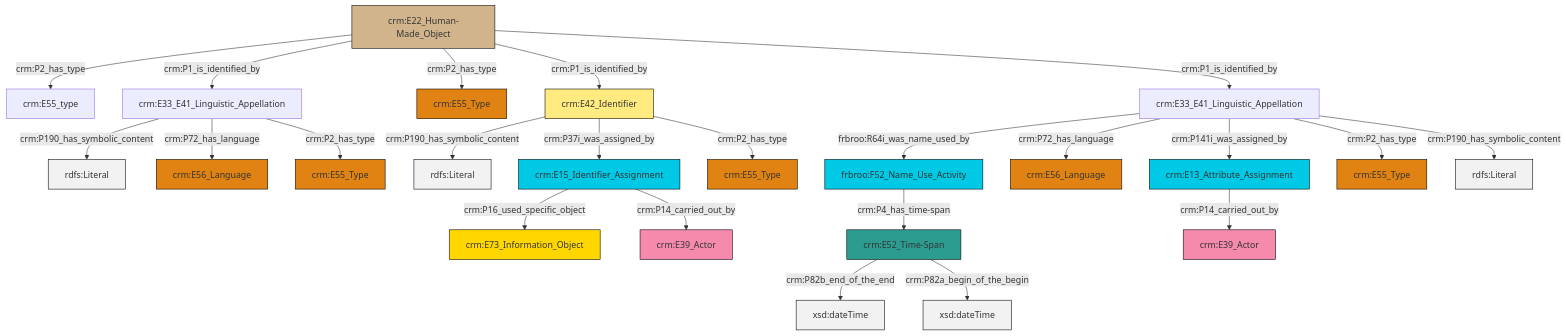
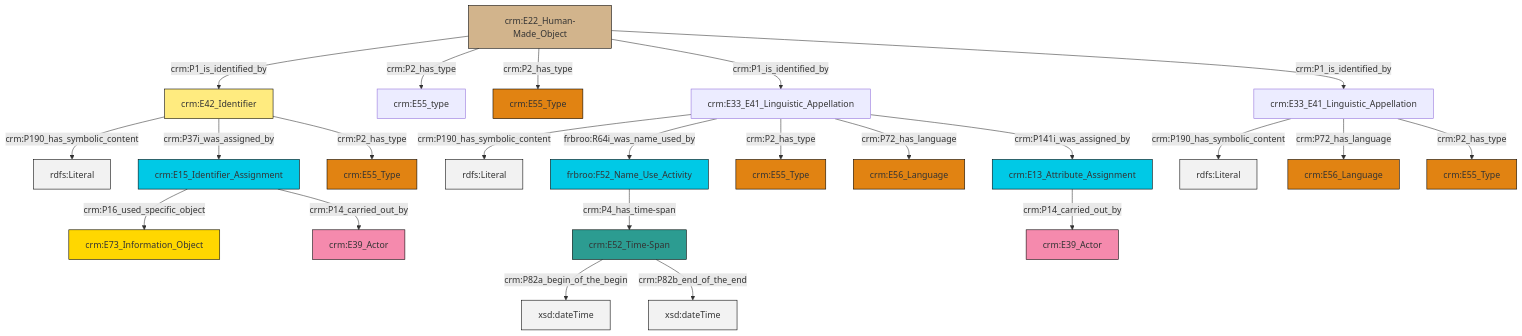
One commit to swiss-art-research-net/reference-data-models changed the diagram in et/artworkCSV/ttl/mmd/Artwork_Name.ttl.mmd. Above: the diagram before and after it, drawn with Mermaid. The commit also changed 125 other files, not shown here.

```diff
--- a/et/artworkCSV/ttl/mmd/Artwork_Name.ttl.mmd
+++ b/et/artworkCSV/ttl/mmd/Artwork_Name.ttl.mmd
@@ -1,37 +1,37 @@
 graph TD
 classDef Literal fill:#f2f2f2,stroke:#000000;
 classDef CRM_Entity fill:#FFFFFF,stroke:#000000;
 classDef Temporal_Entity fill:#00C9E6, stroke:#000000;
 classDef Type fill:#E18312, stroke:#000000;
 classDef Time-Span fill:#2C9C91, stroke:#000000;
 classDef Appellation fill:#FFEB7F, stroke:#000000;
 classDef Place fill:#008836, stroke:#000000;
 classDef Persistent_Item fill:#B266B2, stroke:#000000;
 classDef Conceptual_Object fill:#FFD700, stroke:#000000;
 classDef Physical_Thing fill:#D2B48C, stroke:#000000;
 classDef Actor fill:#f58aad, stroke:#000000;
 classDef PC_Classes fill:#4ce600, stroke:#000000;
 classDef Multi fill:#cccccc,stroke:#000000;
 
-0["crm:E33_E41_Linguistic_Appellation"]:::Default -->|crm:P190_has_symbolic_content| 1[rdfs:Literal]:::Literal
-2["crm:E22_Human-Made_Object"]:::Physical_Thing -->|crm:P2_has_type| 3["crm:E55_type"]:::Default
-4["crm:E52_Time-Span"]:::Time-Span -->|crm:P82b_end_of_the_end| 5[xsd:dateTime]:::Literal
-8["frbroo:F52_Name_Use_Activity"]:::Temporal_Entity -->|crm:P4_has_time-span| 4["crm:E52_Time-Span"]:::Time-Span
-6["crm:E33_E41_Linguistic_Appellation"]:::Default -->|frbroo:R64i_was_name_used_by| 8["frbroo:F52_Name_Use_Activity"]:::Temporal_Entity
-15["crm:E13_Attribute_Assignment"]:::Temporal_Entity -->|crm:P14_carried_out_by| 16["crm:E39_Actor"]:::Actor
-2["crm:E22_Human-Made_Object"]:::Physical_Thing -->|crm:P1_is_identified_by| 0["crm:E33_E41_Linguistic_Appellation"]:::Default
-18["crm:E15_Identifier_Assignment"]:::Temporal_Entity -->|crm:P16_used_specific_object| 19["crm:E73_Information_Object"]:::Conceptual_Object
-6["crm:E33_E41_Linguistic_Appellation"]:::Default -->|crm:P72_has_language| 20["crm:E56_Language"]:::Type
-0["crm:E33_E41_Linguistic_Appellation"]:::Default -->|crm:P72_has_language| 21["crm:E56_Language"]:::Type
-6["crm:E33_E41_Linguistic_Appellation"]:::Default -->|crm:P141i_was_assigned_by| 15["crm:E13_Attribute_Assignment"]:::Temporal_Entity
-18["crm:E15_Identifier_Assignment"]:::Temporal_Entity -->|crm:P14_carried_out_by| 28["crm:E39_Actor"]:::Actor
-4["crm:E52_Time-Span"]:::Time-Span -->|crm:P82a_begin_of_the_begin| 29[xsd:dateTime]:::Literal
-2["crm:E22_Human-Made_Object"]:::Physical_Thing -->|crm:P2_has_type| 13["crm:E55_Type"]:::Type
-11["crm:E42_Identifier"]:::Appellation -->|crm:P190_has_symbolic_content| 37[rdfs:Literal]:::Literal
-2["crm:E22_Human-Made_Object"]:::Physical_Thing -->|crm:P1_is_identified_by| 11["crm:E42_Identifier"]:::Appellation
-0["crm:E33_E41_Linguistic_Appellation"]:::Default -->|crm:P2_has_type| 9["crm:E55_Type"]:::Type
-6["crm:E33_E41_Linguistic_Appellation"]:::Default -->|crm:P2_has_type| 35["crm:E55_Type"]:::Type
-6["crm:E33_E41_Linguistic_Appellation"]:::Default -->|crm:P190_has_symbolic_content| 40[rdfs:Literal]:::Literal
-2["crm:E22_Human-Made_Object"]:::Physical_Thing -->|crm:P1_is_identified_by| 6["crm:E33_E41_Linguistic_Appellation"]:::Default
-11["crm:E42_Identifier"]:::Appellation -->|crm:P37i_was_assigned_by| 18["crm:E15_Identifier_Assignment"]:::Temporal_Entity
-11["crm:E42_Identifier"]:::Appellation -->|crm:P2_has_type| 22["crm:E55_Type"]:::Type
+0["crm:E52_Time-Span"]:::Time-Span -->|crm:P82a_begin_of_the_begin| 1[xsd:dateTime]:::Literal
+8["crm:E22_Human-Made_Object"]:::Physical_Thing -->|crm:P1_is_identified_by| 9["crm:E42_Identifier"]:::Appellation
+8["crm:E22_Human-Made_Object"]:::Physical_Thing -->|crm:P2_has_type| 10["crm:E55_type"]:::Default
+8["crm:E22_Human-Made_Object"]:::Physical_Thing -->|crm:P2_has_type| 11["crm:E55_Type"]:::Type
+2["frbroo:F52_Name_Use_Activity"]:::Temporal_Entity -->|crm:P4_has_time-span| 0["crm:E52_Time-Span"]:::Time-Span
+14["crm:E15_Identifier_Assignment"]:::Temporal_Entity -->|crm:P16_used_specific_object| 15["crm:E73_Information_Object"]:::Conceptual_Object
+6["crm:E33_E41_Linguistic_Appellation"]:::Default -->|crm:P190_has_symbolic_content| 18[rdfs:Literal]:::Literal
+6["crm:E33_E41_Linguistic_Appellation"]:::Default -->|frbroo:R64i_was_name_used_by| 2["frbroo:F52_Name_Use_Activity"]:::Temporal_Entity
+19["crm:E33_E41_Linguistic_Appellation"]:::Default -->|crm:P190_has_symbolic_content| 20[rdfs:Literal]:::Literal
+19["crm:E33_E41_Linguistic_Appellation"]:::Default -->|crm:P72_has_language| 22["crm:E56_Language"]:::Type
+6["crm:E33_E41_Linguistic_Appellation"]:::Default -->|crm:P2_has_type| 27["crm:E55_Type"]:::Type
+8["crm:E22_Human-Made_Object"]:::Physical_Thing -->|crm:P1_is_identified_by| 6["crm:E33_E41_Linguistic_Appellation"]:::Default
+6["crm:E33_E41_Linguistic_Appellation"]:::Default -->|crm:P72_has_language| 29["crm:E56_Language"]:::Type
+14["crm:E15_Identifier_Assignment"]:::Temporal_Entity -->|crm:P14_carried_out_by| 31["crm:E39_Actor"]:::Actor
+19["crm:E33_E41_Linguistic_Appellation"]:::Default -->|crm:P2_has_type| 12["crm:E55_Type"]:::Type
+9["crm:E42_Identifier"]:::Appellation -->|crm:P190_has_symbolic_content| 34[rdfs:Literal]:::Literal
+24["crm:E13_Attribute_Assignment"]:::Temporal_Entity -->|crm:P14_carried_out_by| 4["crm:E39_Actor"]:::Actor
+8["crm:E22_Human-Made_Object"]:::Physical_Thing -->|crm:P1_is_identified_by| 19["crm:E33_E41_Linguistic_Appellation"]:::Default
+9["crm:E42_Identifier"]:::Appellation -->|crm:P37i_was_assigned_by| 14["crm:E15_Identifier_Assignment"]:::Temporal_Entity
+6["crm:E33_E41_Linguistic_Appellation"]:::Default -->|crm:P141i_was_assigned_by| 24["crm:E13_Attribute_Assignment"]:::Temporal_Entity
+0["crm:E52_Time-Span"]:::Time-Span -->|crm:P82b_end_of_the_end| 36[xsd:dateTime]:::Literal
+9["crm:E42_Identifier"]:::Appellation -->|crm:P2_has_type| 32["crm:E55_Type"]:::Type
```
